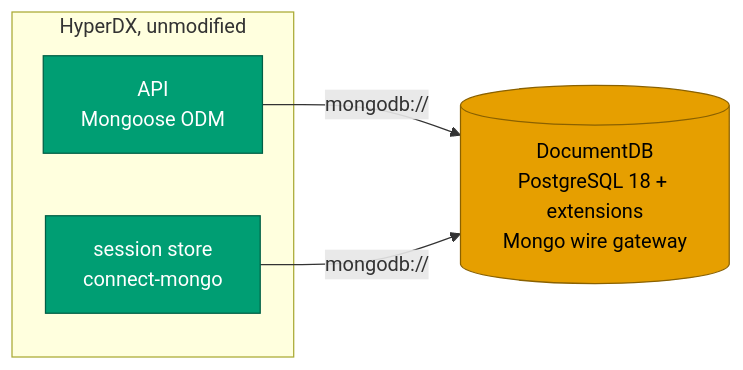
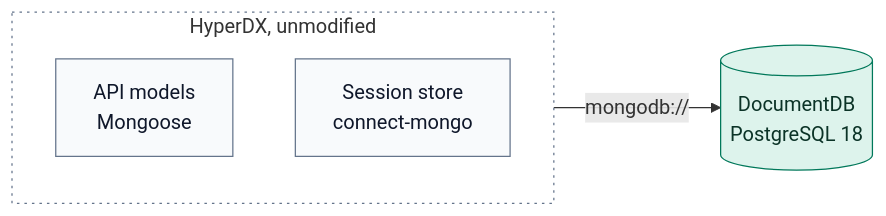
Before and after one commit to hyperi-io/dfe-hyperdx: the first of 2 diagrams in docs/architecture/deployment.md, drawn with Mermaid. The commit also changed other lines of this file and 24 other files, not shown here.

First line of the commit message:
docs(hyperdx): fix claims and redraw the fork docs diagrams

````diff
--- a/docs/architecture/deployment.md
+++ b/docs/architecture/deployment.md
@@ -11,18 +14,20 @@
 ```mermaid
 flowchart LR
+    accTitle: L4 Detail -- Document store
+    accDescr: The unmodified HyperDX API models and the connect-mongo session store connect to DocumentDB through its Mongo wire-protocol gateway.
+
     subgraph app["HyperDX, unmodified"]
-        API["API<br/>Mongoose ODM"]
-        SESS["session store<br/>connect-mongo"]
+        models["API models<br/>Mongoose"]
+        sessions["Session store<br/>connect-mongo"]
     end
 
-    DOCDB[("DocumentDB<br/>PostgreSQL 18 + extensions<br/>Mongo wire gateway")]
+    docdb[("DocumentDB<br/>PostgreSQL 18")]
 
-    API -->|mongodb://| DOCDB
-    SESS -->|mongodb://| DOCDB
+    app -->|mongodb://| docdb
 
-    classDef upstream fill:#009E73,stroke:#005f45,color:#ffffff
-    classDef ours fill:#0072B2,stroke:#00456b,color:#ffffff
-    classDef store fill:#E69F00,stroke:#8a6100,color:#000000
-    class API,SESS upstream
-    class DOCDB store
+    classDef default fill:#F8FAFC,stroke:#64748B,stroke-width:1px,color:#0F172A
+    classDef store fill:#DDF3EC,stroke:#00785A,stroke-width:1px,color:#0B3327
+    classDef group fill:none,stroke:#64748B,stroke-width:1px,stroke-dasharray:2 4
+    class docdb store
+    class app group
 ```
````
